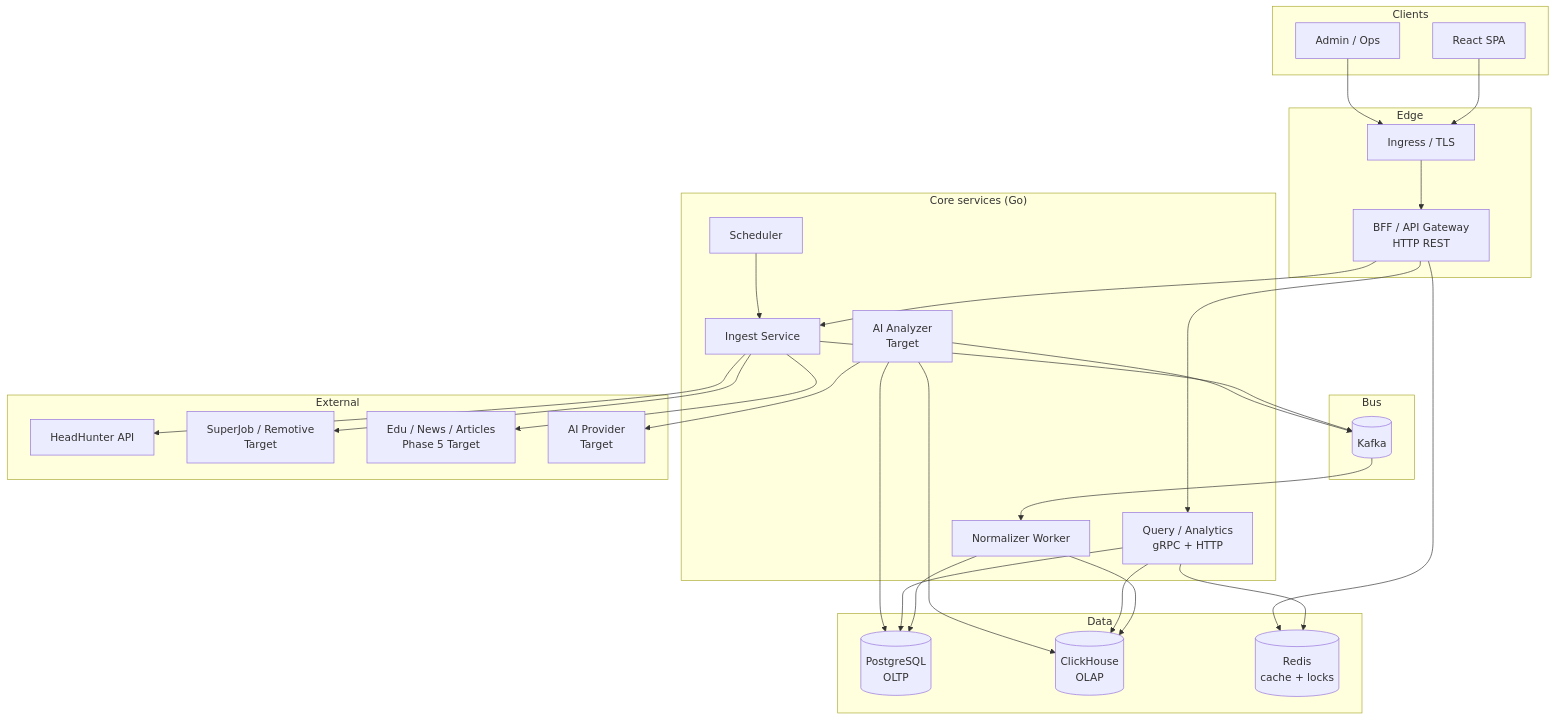
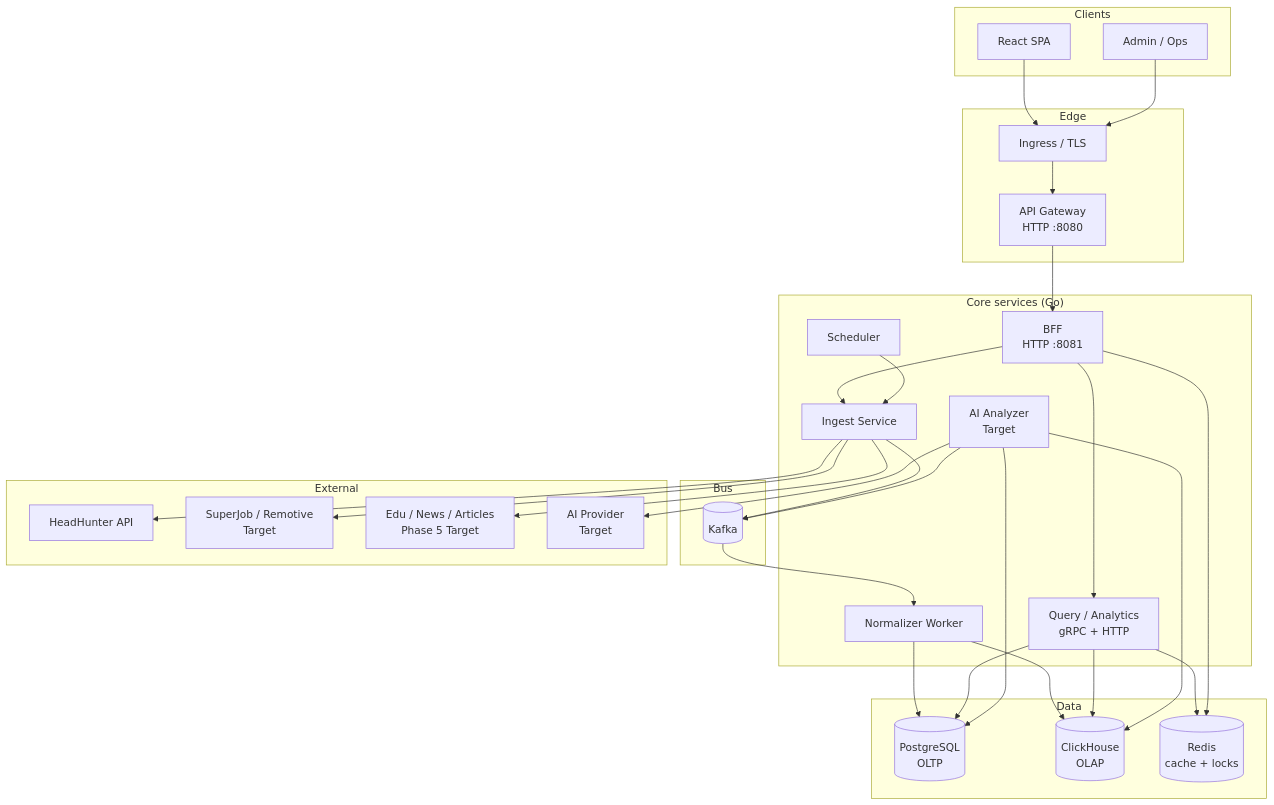
One commit to Chuchoss/it-labor-pulse changed the first of 2 diagrams in docs/architecture/00-overview.md. Above: the diagram before and after it, drawn with Mermaid. The commit also changed other lines of this file and 38 other files, not shown here.

First line of the commit message:
feat(gateway): add edge API gateway in front of BFF

````diff
--- a/docs/architecture/00-overview.md
+++ b/docs/architecture/00-overview.md
@@ -35,58 +35,59 @@
 ```mermaid
 flowchart TB
   subgraph Clients
     UI[React SPA]
     Admin[Admin / Ops]
   end
 
   subgraph Edge
     Ingress[Ingress / TLS]
-    BFF[BFF / API Gateway<br/>HTTP REST]
+    GW[API Gateway<br/>HTTP :8080]
   end
 
   subgraph Core["Core services (Go)"]
+    BFF[BFF<br/>HTTP :8081]
     Query[Query / Analytics<br/>gRPC + HTTP]
     Ingest[Ingest Service]
     Norm[Normalizer Worker]
     Sched[Scheduler]
     AI[AI Analyzer<br/>Target]
   end
 
   subgraph Bus
     Kafka[(Kafka)]
   end
 
   subgraph Data
     PG[(PostgreSQL<br/>OLTP)]
     CH[(ClickHouse<br/>OLAP)]
     Redis[(Redis<br/>cache + locks)]
   end
 
   subgraph External
     HH[HeadHunter API]
     SJ[SuperJob / Remotive<br/>Target]
     Sig[Edu / News / Articles<br/>Phase 5 Target]
     LLM[AI Provider<br/>Target]
   end
 
-  UI --> Ingress --> BFF
+  UI --> Ingress --> GW --> BFF
   Admin --> Ingress
   BFF --> Query
   BFF --> Ingest
   Sched --> Ingest
   Ingest --> HH
   Ingest --> SJ
   Ingest --> Sig
   Ingest --> Kafka
   Kafka --> Norm
   Norm --> PG
   Norm --> CH
   Query --> PG
   Query --> CH
   Query --> Redis
   BFF --> Redis
   AI --> Kafka
   AI --> PG
   AI --> CH
   AI --> LLM
 ```
````
